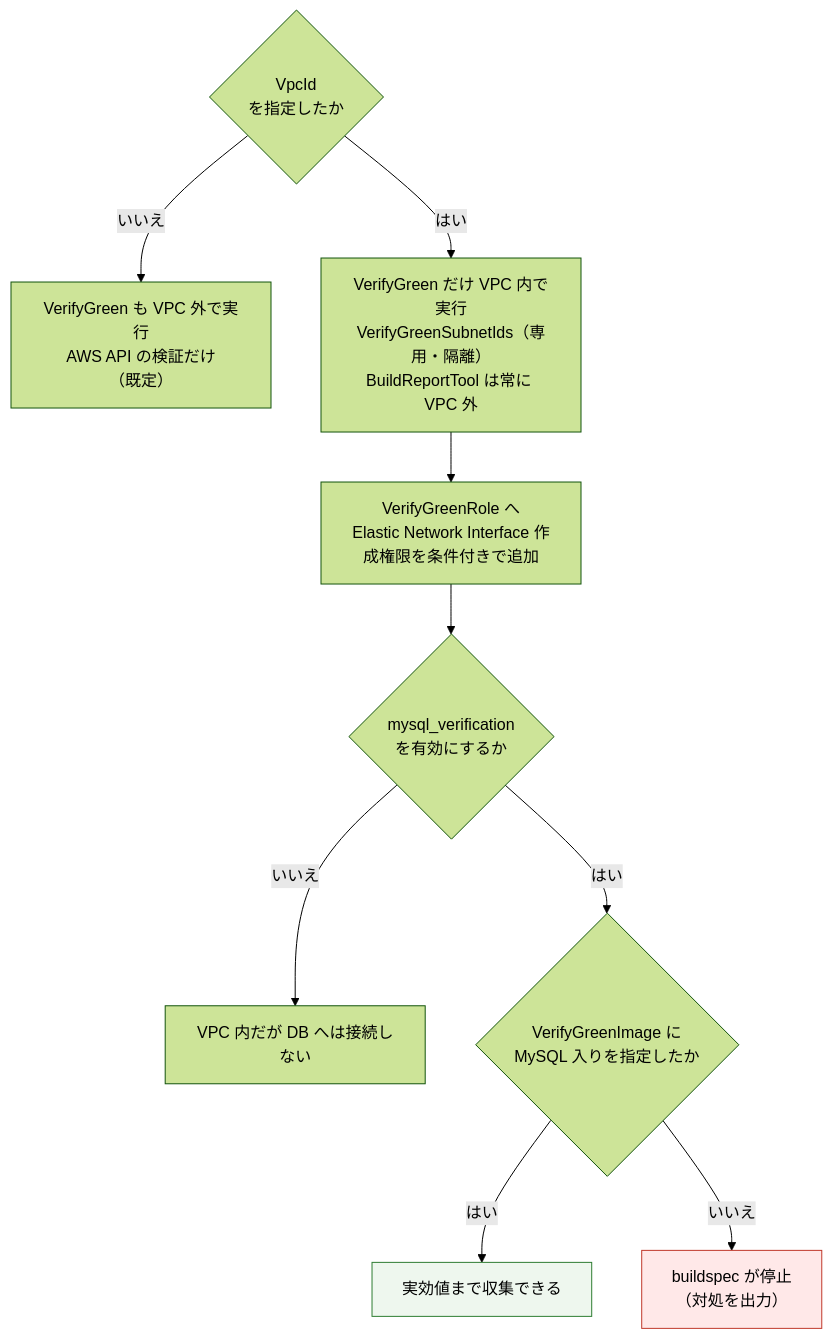
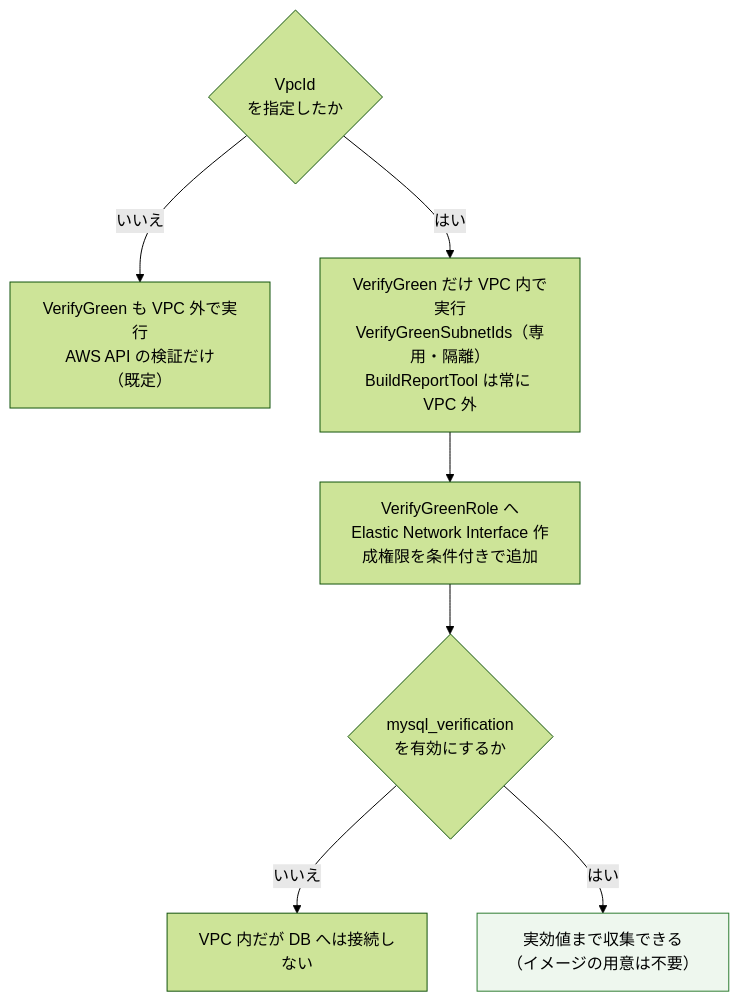
Before and after one commit to rxsxkxd/pk: the seventh of 7 diagrams in docs/rds_mysql_upgrade/ci/verify-green-vpc-architecture.md, drawn with Mermaid (forest theme). The commit also changed other lines of this file and 8 other files, not shown here.

````diff
--- a/docs/rds_mysql_upgrade/ci/verify-green-vpc-architecture.md
+++ b/docs/rds_mysql_upgrade/ci/verify-green-vpc-architecture.md
@@ -192,16 +192,12 @@
 ```mermaid
 flowchart TD
     P1{"VpcId<br/>を指定したか"} -->|いいえ| OUT["VerifyGreen も VPC 外で実行<br/>AWS API の検証だけ<br/>（既定）"]
     P1 -->|はい| IN["VerifyGreen だけ VPC 内で実行<br/>VerifyGreenSubnetIds（専用・隔離）<br/>BuildReportTool は常に VPC 外"]
     IN --> R["VerifyGreenRole へ<br/>Elastic Network Interface 作成権限を条件付きで追加"]
     R --> P2{"mysql_verification<br/>を有効にするか"}
     P2 -->|いいえ| IN2["VPC 内だが DB へは接続しない"]
-    P2 -->|はい| P3{"VerifyGreenImage に<br/>MySQL 入りを指定したか"}
-    P3 -->|はい| OK["実効値まで収集できる"]
-    P3 -->|いいえ| NG["buildspec が停止<br/>（対処を出力）"]
+    P2 -->|はい| OK["実効値まで収集できる<br/>（イメージの用意は不要）"]
 
-    classDef ng fill:#ffe8e8,stroke:#c0392b
     classDef ok fill:#eef7ee,stroke:#2e7d32
-    class NG ng
     class OK ok
 ```
````
